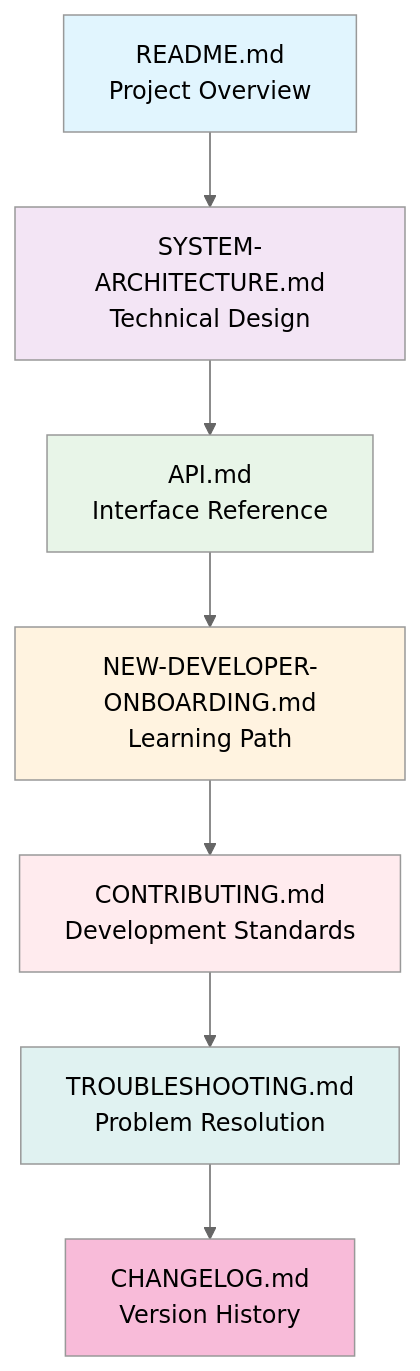
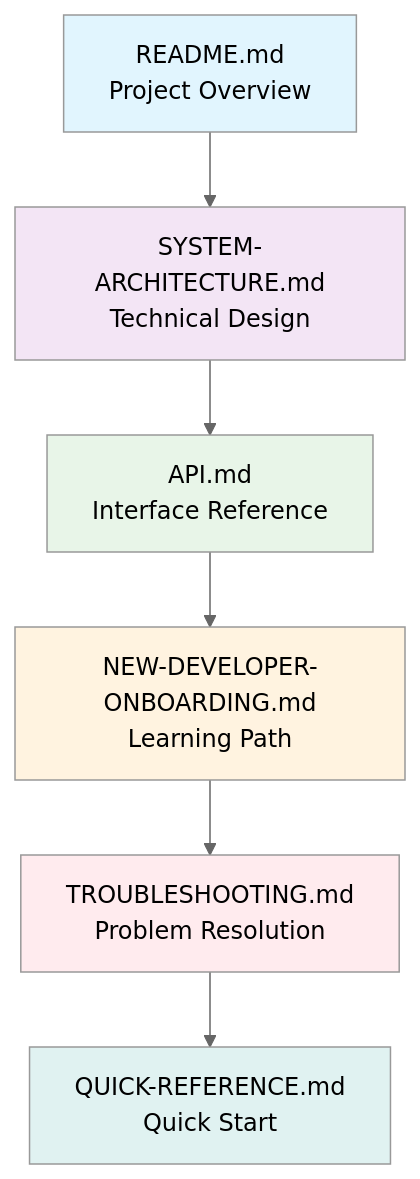
Before and after one commit to Interlaken0/temperature-plotter: the first of 6 diagrams in docs/COMPLETE-DOCUMENTATION-GUIDE.md, drawn with Mermaid (neutral theme). The commit also changed other lines of this file and 5 other files, not shown here.

````diff
--- a/docs/COMPLETE-DOCUMENTATION-GUIDE.md
+++ b/docs/COMPLETE-DOCUMENTATION-GUIDE.md
@@ -8,17 +8,15 @@
 ```mermaid
 graph TB
     A[README.md<br/>Project Overview] --> B[SYSTEM-ARCHITECTURE.md<br/>Technical Design]
     B --> C[API.md<br/>Interface Reference]
     C --> D[NEW-DEVELOPER-ONBOARDING.md<br/>Learning Path]
-    D --> E[CONTRIBUTING.md<br/>Development Standards]
-    E --> F[TROUBLESHOOTING.md<br/>Problem Resolution]
-    F --> G[CHANGELOG.md<br/>Version History]
+    D --> E[TROUBLESHOOTING.md<br/>Problem Resolution]
+    E --> F[QUICK-REFERENCE.md<br/>Quick Start]
     
     style A fill:#e1f5fe,color:#000000
     style B fill:#f3e5f5,color:#000000
     style C fill:#e8f5e8,color:#000000
     style D fill:#fff3e0,color:#000000
     style E fill:#ffebee,color:#000000
     style F fill:#e0f2f1,color:#000000
-    style G fill:#f8bbd9,color:#000000
 ```
````
